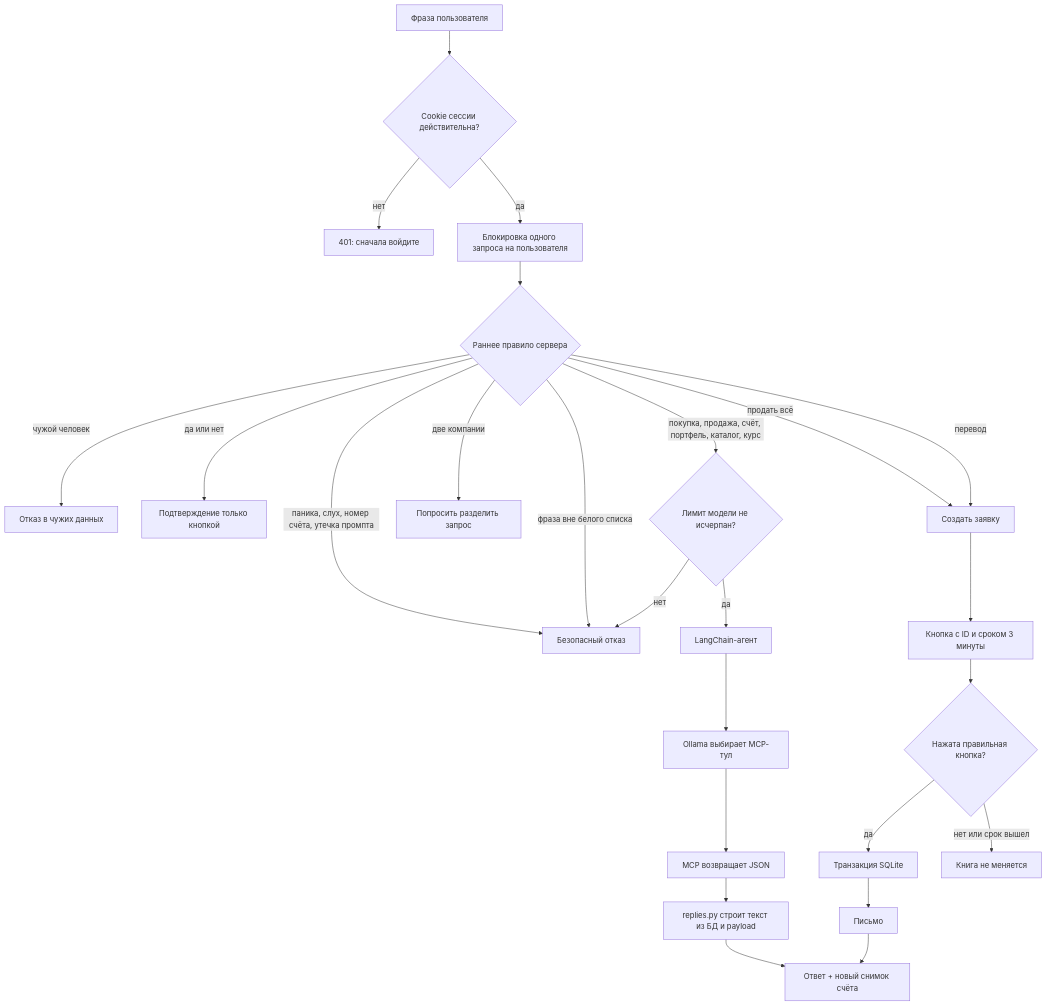
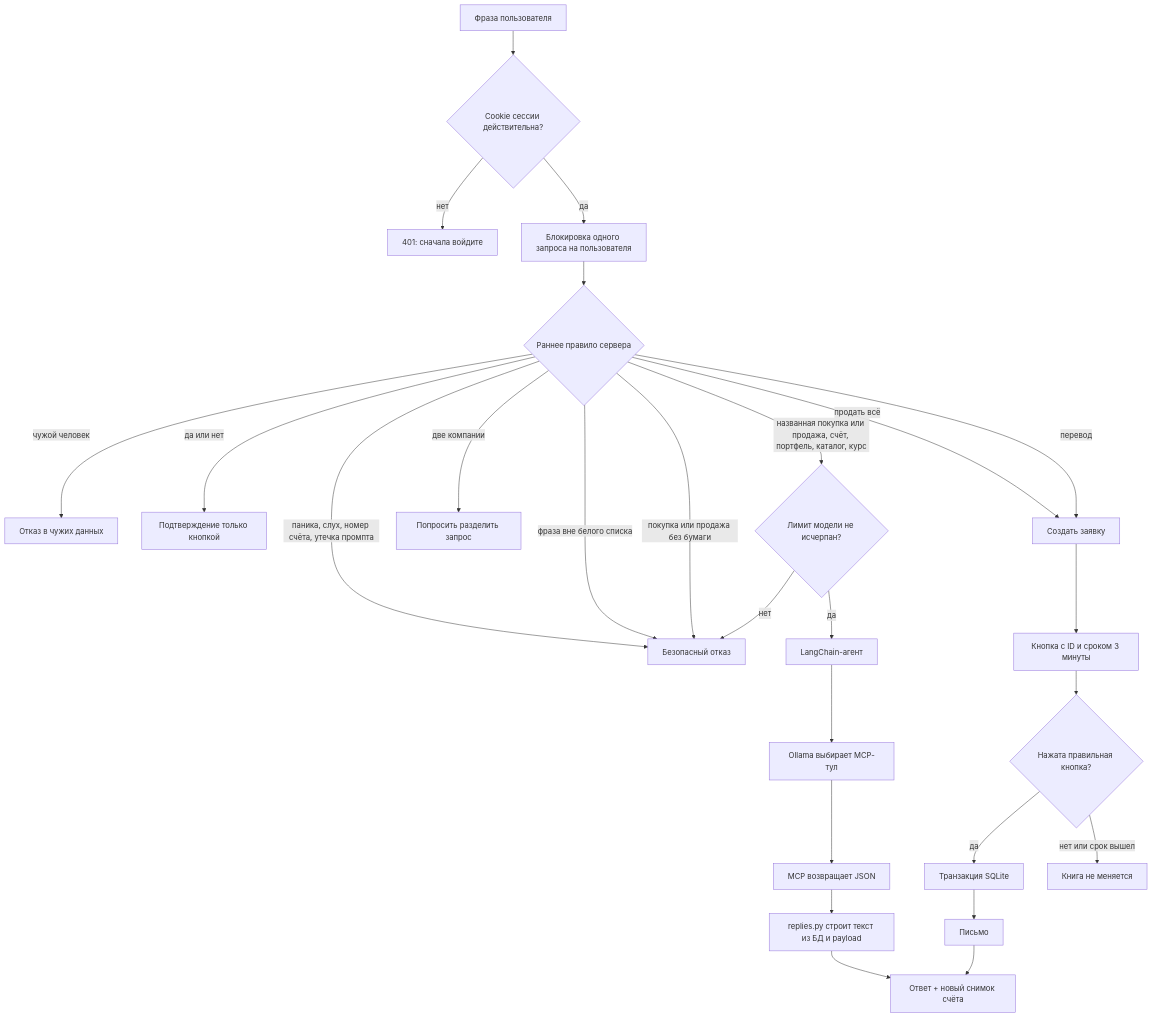
Before and after one commit to truchekaterina/mlsecops_agent: the third of 4 diagrams in отчет по проделанной работе/01_Архитектура_и_организация_проекта.md, drawn with Mermaid. The commit also changed other lines of this file and 12 other files, not shown here.

````diff
--- a/отчет по проделанной работе/01_Архитектура_и_организация_проекта.md
+++ b/отчет по проделанной работе/01_Архитектура_и_организация_проекта.md
@@ -169,30 +169,31 @@
 ```mermaid
 flowchart TD
     A[Фраза пользователя] --> B{Cookie сессии действительна?}
     B -->|нет| C[401: сначала войдите]
     B -->|да| D[Блокировка одного запроса на пользователя]
     D --> E{Раннее правило сервера}
 
     E -->|паника, слух, номер счёта, утечка промпта| F[Безопасный отказ]
     E -->|чужой человек| G[Отказ в чужих данных]
     E -->|да или нет| H[Подтверждение только кнопкой]
     E -->|продать всё| I[Создать заявку]
     E -->|перевод| I
     E -->|две компании| J[Попросить разделить запрос]
     E -->|фраза вне белого списка| F
-    E -->|покупка, продажа, счёт, портфель, каталог, курс| RL{Лимит модели не исчерпан?}
+    E -->|покупка или продажа без бумаги| F
+    E -->|названная покупка или продажа, счёт, портфель, каталог, курс| RL{Лимит модели не исчерпан?}
     RL -->|нет| F
     RL -->|да| K[LangChain-агент]
 
     K --> L[Ollama выбирает MCP-тул]
     L --> M[MCP возвращает JSON]
     M --> N[replies.py строит текст из БД и payload]
     N --> O[Ответ + новый снимок счёта]
 
     I --> P[Кнопка с ID и сроком 3 минуты]
     P --> Q{Нажата правильная кнопка?}
     Q -->|да| R[Транзакция SQLite]
     Q -->|нет или срок вышел| S[Книга не меняется]
     R --> T[Письмо]
     T --> O
 ```
````
